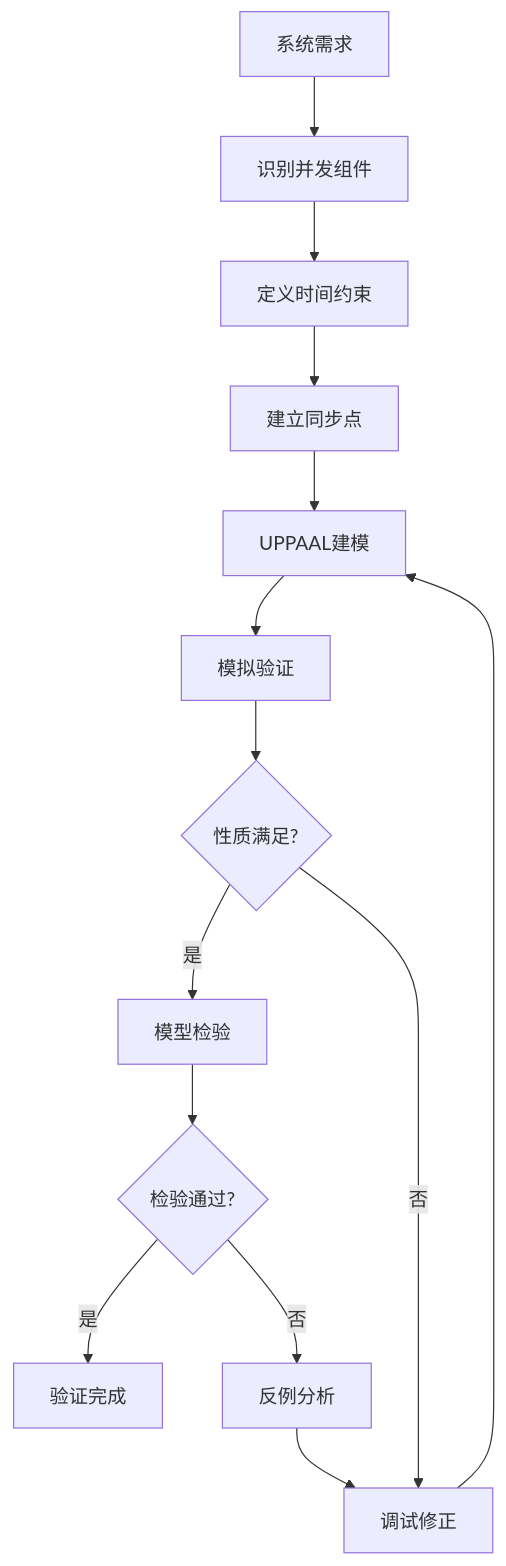
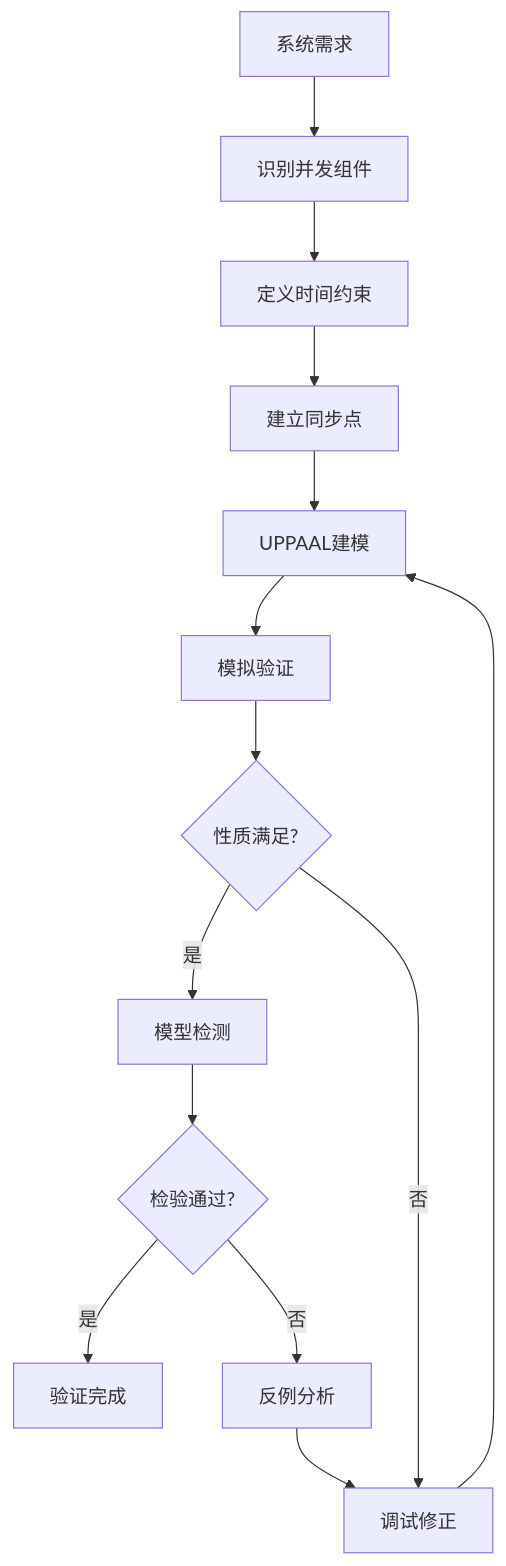
Before and after one commit to AdaMartin18010/AnalysisDataFlow: the second of 5 diagrams in formal-methods/06-tools/academic/02-uppaal.md, drawn with Mermaid. The commit also changed other lines of this file and 129 other files, not shown here.

````diff
--- a/formal-methods/06-tools/academic/02-uppaal.md
+++ b/formal-methods/06-tools/academic/02-uppaal.md
@@ -149,16 +149,16 @@
 ```mermaid
 flowchart TD
     A[系统需求] --> B[识别并发组件]
     B --> C[定义时间约束]
     C --> D[建立同步点]
     D --> E[UPPAAL建模]
     E --> F[模拟验证]
     F --> G{性质满足?}
-    G -->|是| H[模型检验]
+    G -->|是| H[模型检测]
     G -->|否| I[调试修正]
     I --> E
     H --> J{检验通过?}
     J -->|是| K[验证完成]
     J -->|否| L[反例分析]
     L --> I
 ```
````
